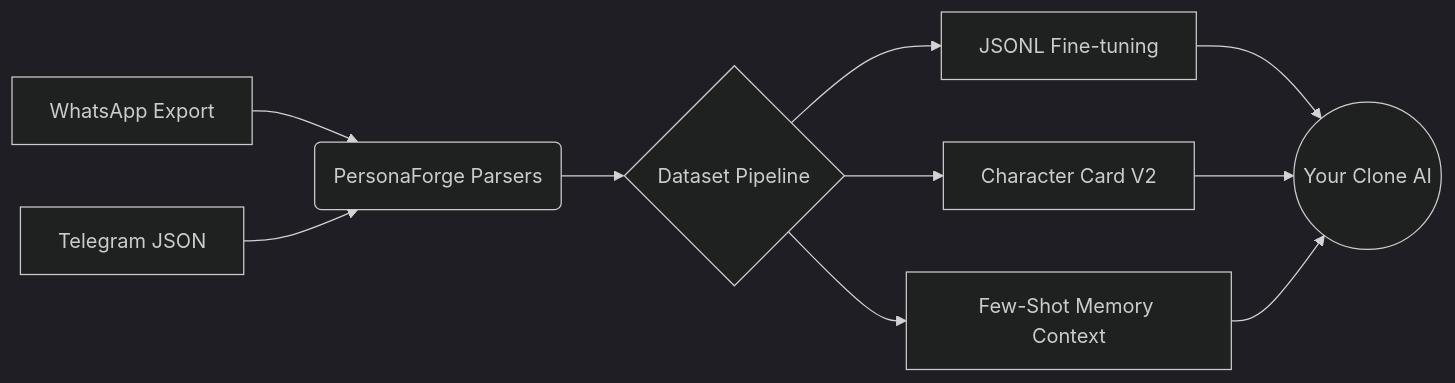
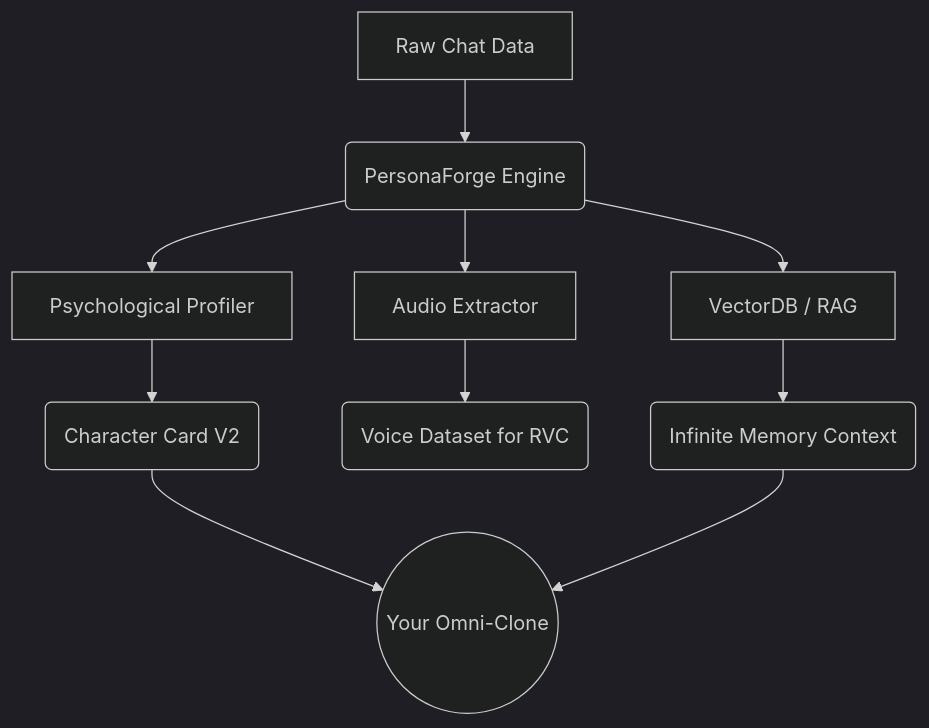
The diagram in README.md (VincenzoManto/PersonaForge), drawn with Mermaid (dark theme) before and after one commit. The commit also changed other lines of this file and 6 other files, not shown here.

Commit message:
feat: Add God-Tier features (Infinite Memory RAG, Psych Profiling, Voice Extractor)

````diff
--- a/README.md
+++ b/README.md
@@ -31,12 +35,11 @@
 ```mermaid
-graph LR
-    A[WhatsApp Export] --> C(PersonaForge Parsers)
-    B[Telegram JSON] --> C
-    C --> D{Dataset Pipeline}
-    D --> E[JSONL Fine-tuning]
-    D --> F[Character Card V2]
-    D --> G[Few-Shot Memory Context]
-    E --> H((Your Clone AI))
-    F --> H
-    G --> H
+graph TD
+    A[Raw Chat Data] --> B(PersonaForge Engine)
+    B --> C[Psychological Profiler]
+    B --> D[Audio Extractor]
+    B --> E[VectorDB / RAG]
+    C --> F(Character Card V2)
+    D --> G(Voice Dataset for RVC)
+    E --> H(Infinite Memory Context)
+    F & H --> I((Your Omni-Clone))
 ```
````
